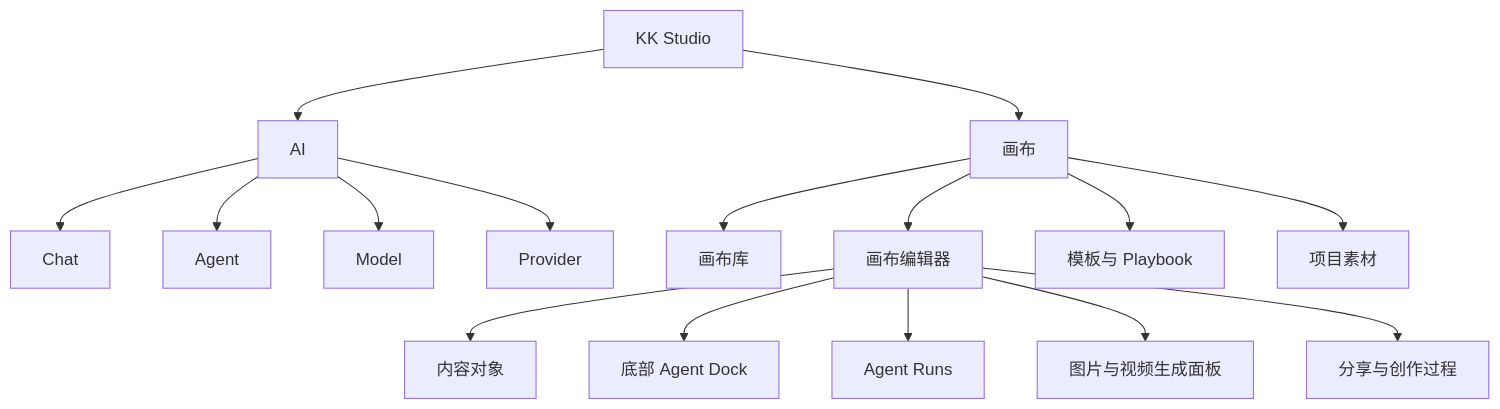
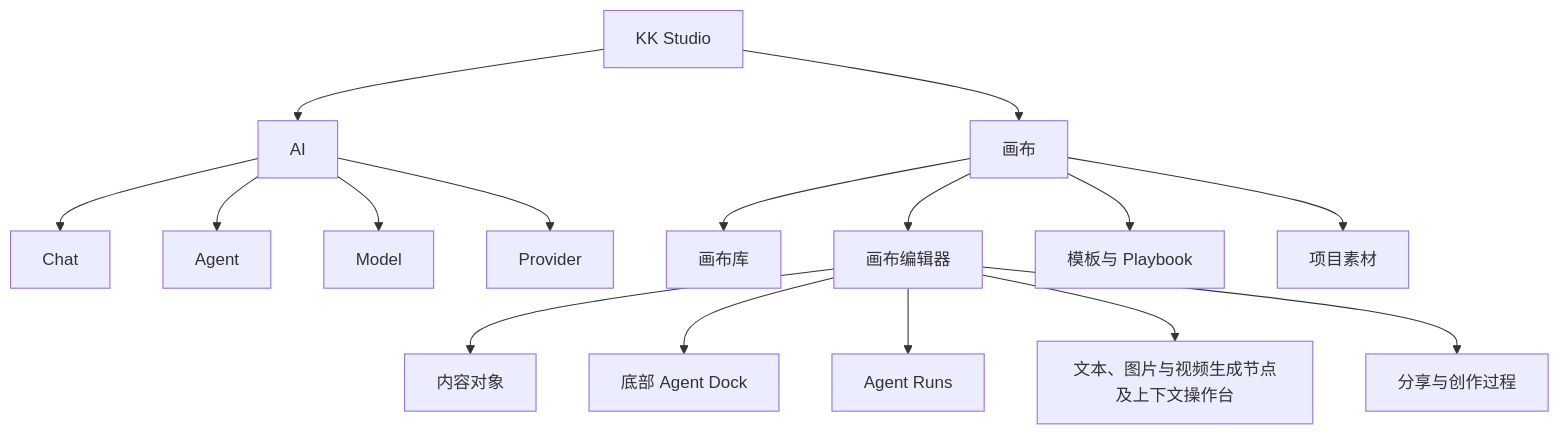
Before and after one commit to fengwk/kk-studio: the first of 2 diagrams in docs/product-design/infinite-canvas-prototype.md, drawn with Mermaid. The commit also changed other lines of this file and 3 other files, not shown here.

Commit message:
feat(docs): add contextual canvas generation nodes

````diff
--- a/docs/product-design/infinite-canvas-prototype.md
+++ b/docs/product-design/infinite-canvas-prototype.md
@@ -64,22 +64,22 @@
 ```mermaid
 flowchart TD
     Shell[KK Studio]
     Shell --> AI[AI]
     Shell --> Canvas[画布]
 
     AI --> Sessions[Chat]
     AI --> Agents[Agent]
     AI --> Models[Model]
     AI --> Providers[Provider]
 
     Canvas --> Library[画布库]
     Canvas --> Editor[画布编辑器]
     Canvas --> Templates[模板与 Playbook]
     Canvas --> Assets[项目素材]
 
     Editor --> Items[内容对象]
     Editor --> AgentDock[底部 Agent Dock]
     Editor --> Runs[Agent Runs]
-    Editor --> MediaGeneration[图片与视频生成面板]
+    Editor --> GenerationNodes[文本、图片与视频生成节点及上下文操作台]
     Editor --> Share[分享与创作过程]
 ```
````
